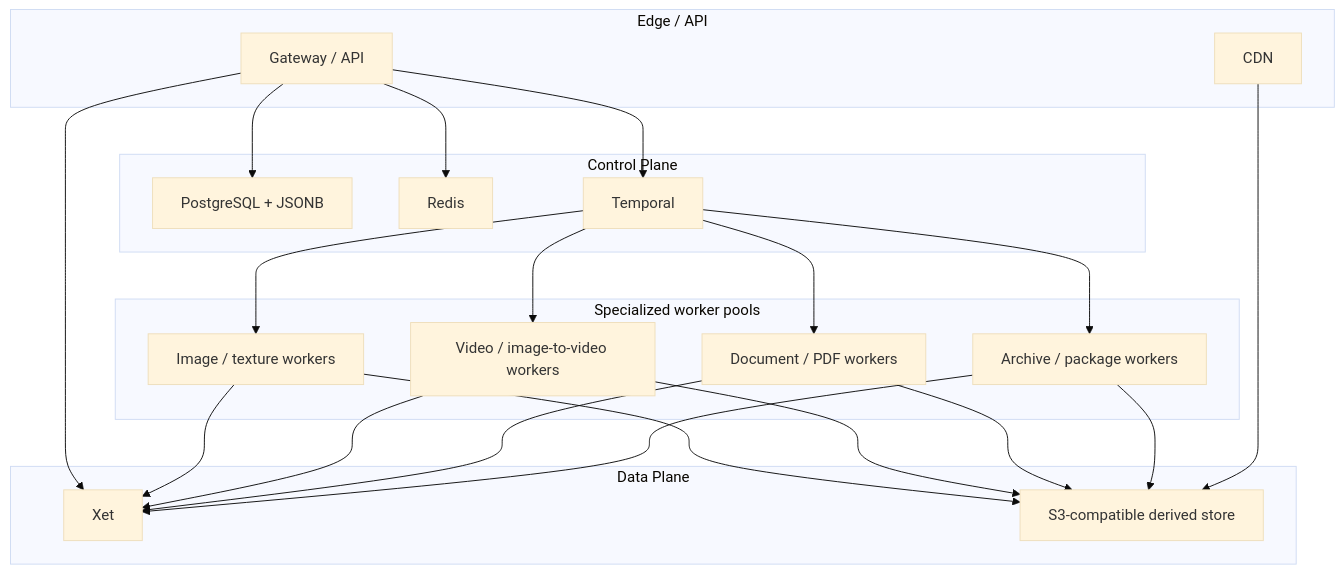
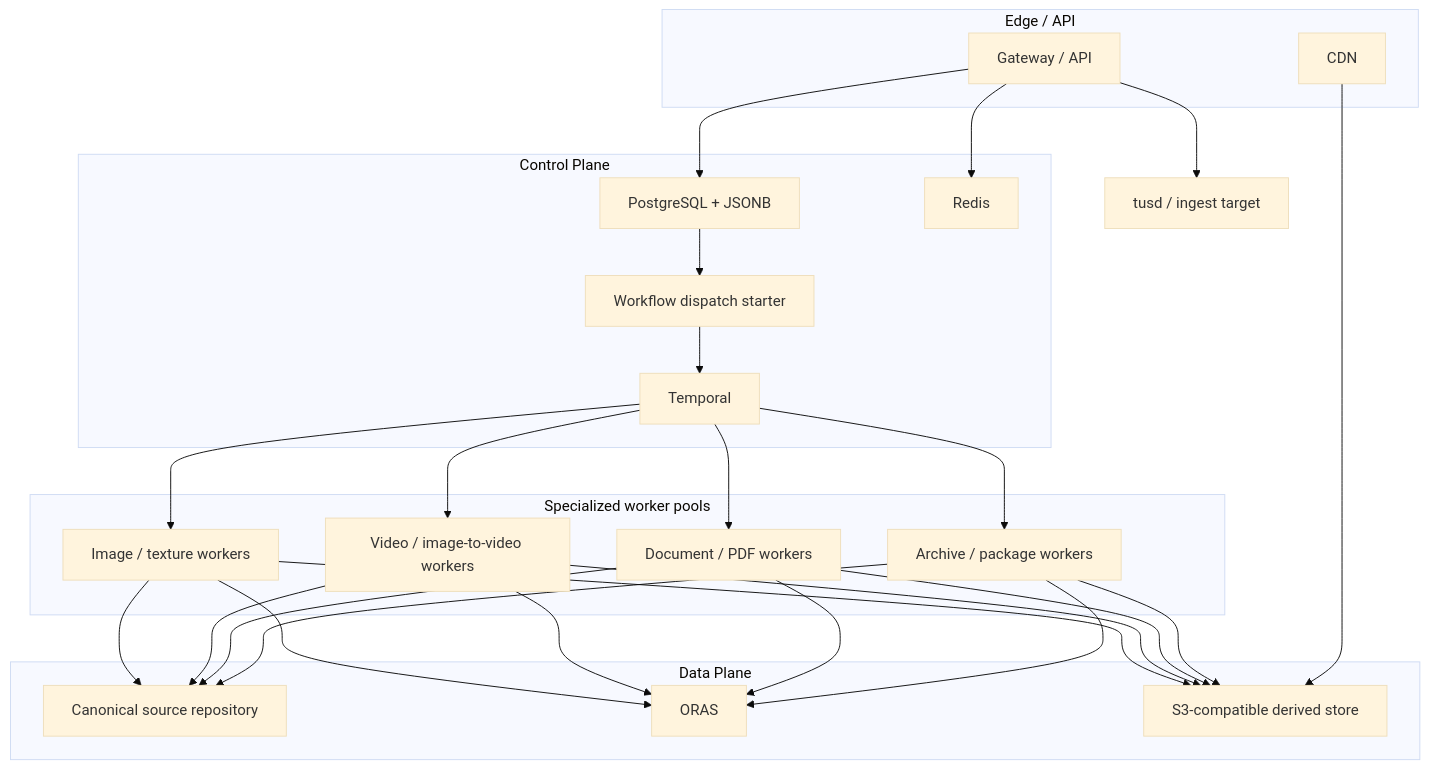
The eighth of 9 diagrams in docs/architecture.md (Yeusepe/cdngine), drawn with Mermaid (base theme) before and after one commit. The commit also changed other lines of this file and 33 other files, not shown here.

First line of the commit message:
Adopt canonical source repository and tiered storage

````diff
--- a/docs/architecture.md
+++ b/docs/architecture.md
@@ -295,43 +354,50 @@
 ```mermaid
 flowchart TB
     subgraph Edge["Edge / API"]
         Gateway["Gateway / API"]
         CDN["CDN"]
     end
 
     subgraph Control["Control Plane"]
         Registry["PostgreSQL + JSONB"]
         Redis["Redis"]
+        Starter["Workflow dispatch starter"]
         Temporal["Temporal"]
     end
 
     subgraph Data["Data Plane"]
-        Xet["Xet"]
+        SourceRepo["Canonical source repository"]
+        ArtifactGraph["ORAS"]
         Derived["S3-compatible derived store"]
     end
 
     subgraph Workers["Specialized worker pools"]
         Img["Image / texture workers"]
         Vid["Video / image-to-video workers"]
         Doc["Document / PDF workers"]
         Arc["Archive / package workers"]
     end
 
     Gateway --> Registry
     Gateway --> Redis
-    Gateway --> Xet
-    Gateway --> Temporal
+    Gateway --> Ingest["tusd / ingest target"]
+    Registry --> Starter
+    Starter --> Temporal
     Temporal --> Img
     Temporal --> Vid
     Temporal --> Doc
     Temporal --> Arc
-    Img --> Xet
-    Vid --> Xet
-    Doc --> Xet
-    Arc --> Xet
+    Img --> SourceRepo
+    Vid --> SourceRepo
+    Doc --> SourceRepo
+    Arc --> SourceRepo
+    Img --> ArtifactGraph
+    Vid --> ArtifactGraph
+    Doc --> ArtifactGraph
+    Arc --> ArtifactGraph
     Img --> Derived
     Vid --> Derived
     Doc --> Derived
     Arc --> Derived
     CDN --> Derived
 ```
````
